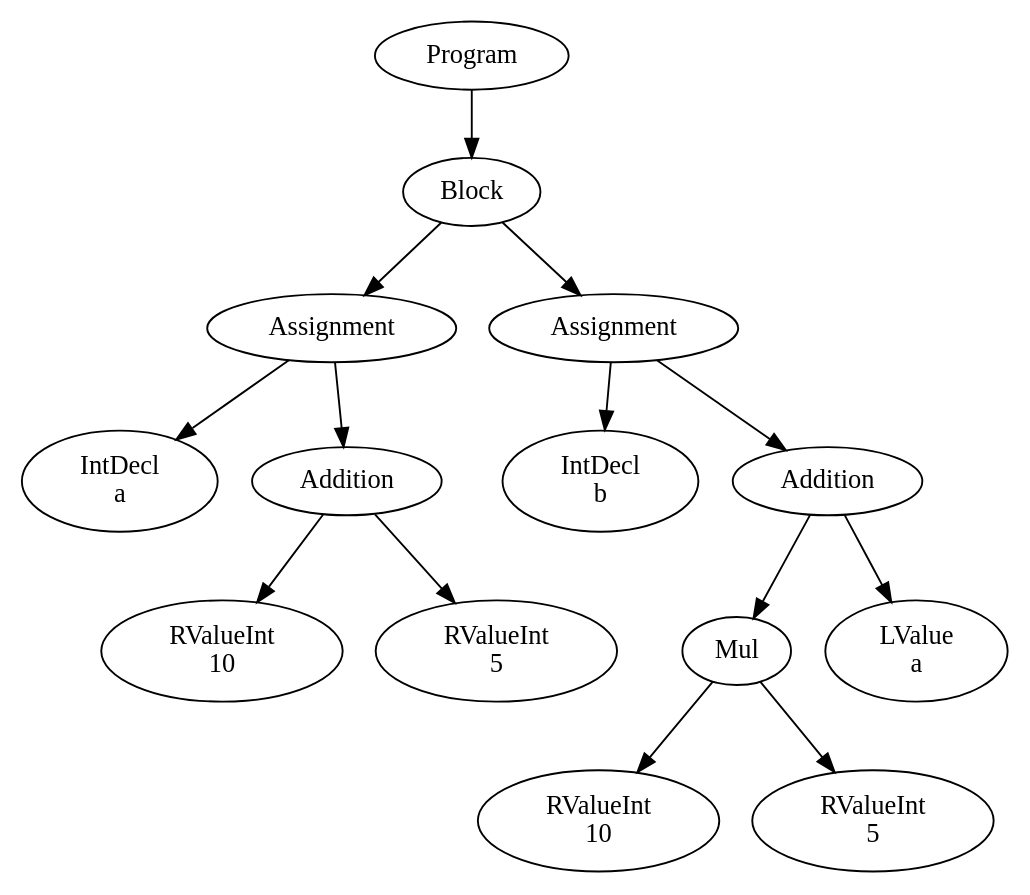
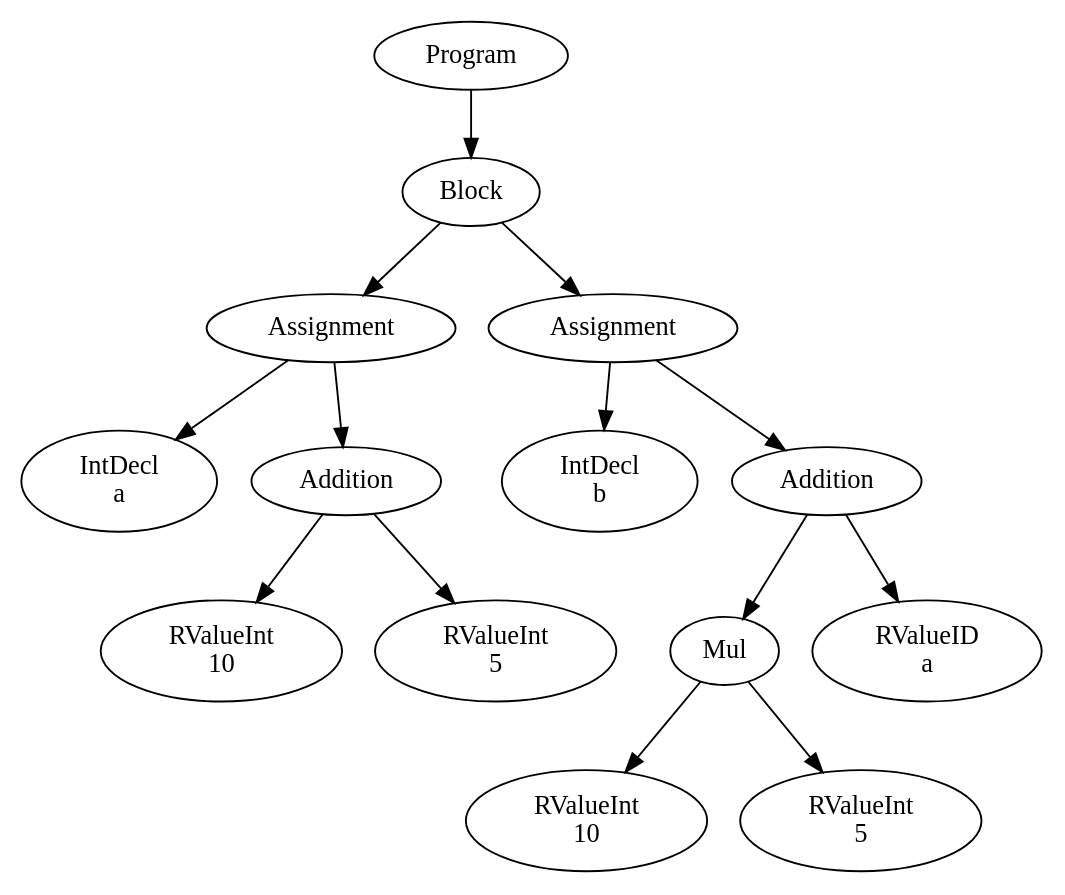
Before and after one commit to FedericoQuin/Compilers: the diagram in official/res/solutions/assignments1bis.dot, drawn with Graphviz.

Commit message:
Fixed test according to previous bugfix

```diff
--- a/official/res/solutions/assignments1bis.dot
+++ b/official/res/solutions/assignments1bis.dot
@@ -1,29 +1,29 @@
 digraph AST {
 0 [label="Program"];
 1 [label="Block"];
 2 [label="Assignment"];
 3 [label="IntDecl \na"];
 4 [label="Addition"];
 5 [label="RValueInt \n10"];
 6 [label="RValueInt \n5"];
 4 -> 5;
 4 -> 6;
 2 -> 3;
 2 -> 4;
 7 [label="Assignment"];
 8 [label="IntDecl \nb"];
 9 [label="Addition"];
 10 [label="Mul"];
 11 [label="RValueInt \n10"];
 12 [label="RValueInt \n5"];
 10 -> 11;
 10 -> 12;
-13 [label="LValue \na"];
+13 [label="RValueID \na"];
 9 -> 10;
 9 -> 13;
 7 -> 8;
 7 -> 9;
 1 -> 2;
 1 -> 7;
 0 -> 1;
 }
```
